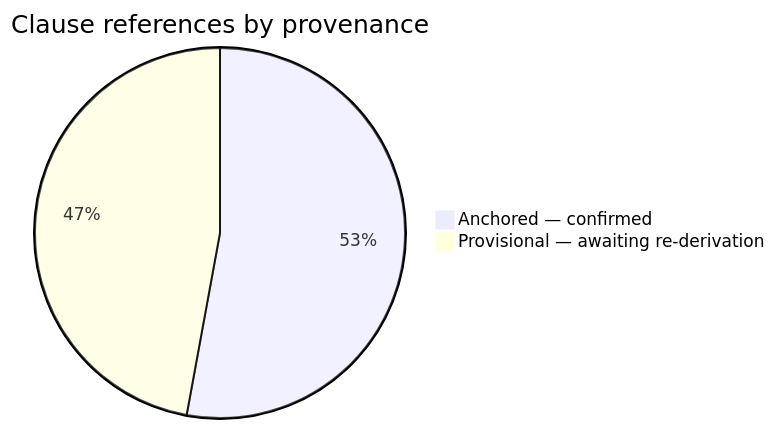
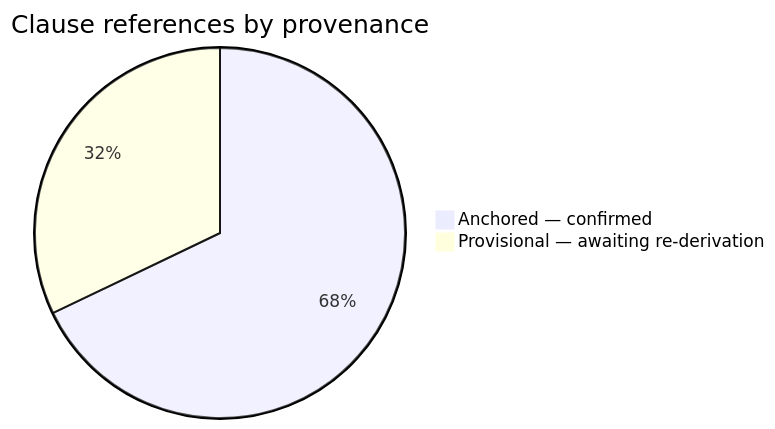
One commit to shubhamjha16/BOM_Automation changed the first of 3 diagrams in docs/COMPLIANCE_MATRIX.md. Above: the diagram before and after it, drawn with Mermaid. The commit also changed other lines of this file and 11 other files, not shown here.

````diff
--- a/docs/COMPLIANCE_MATRIX.md
+++ b/docs/COMPLIANCE_MATRIX.md
@@ -17,5 +17,5 @@
 ```mermaid
 pie title Clause references by provenance
-    "Anchored — confirmed" : 55
-    "Provisional — awaiting re-derivation" : 49
+    "Anchored — confirmed" : 74
+    "Provisional — awaiting re-derivation" : 35
 ```
````
